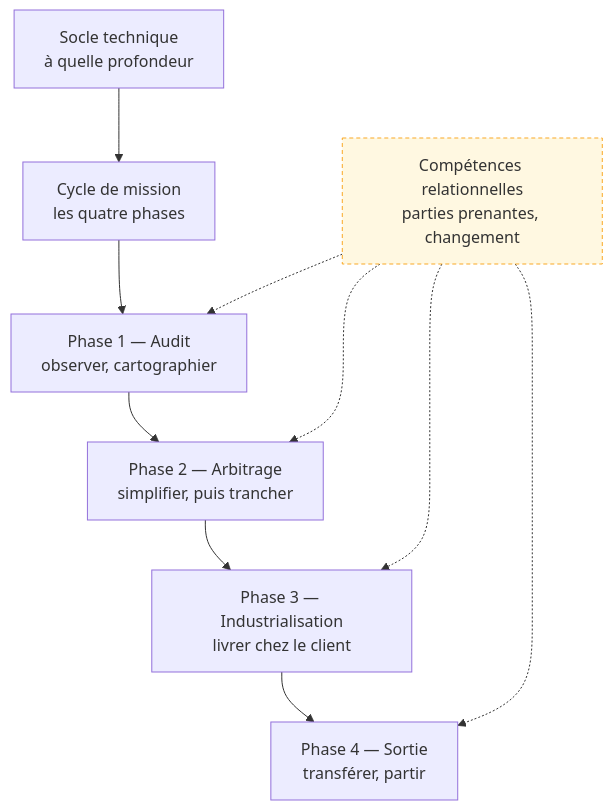
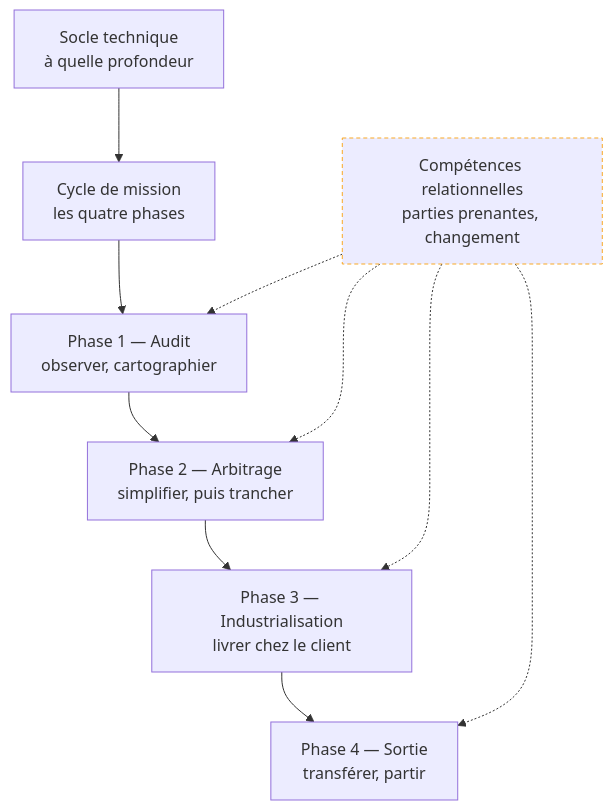
One commit to floSa/Atlas-Metiers-Roadmaps changed the diagram in content/parcours/forward-deployed-engineer/index.md. Above: the diagram before and after it, drawn with Mermaid. The commit also changed 28 other files, not shown here.

Commit message:
Schemas lisibles dans les deux themes, et retour au niveau superieur sur toutes les pages

````diff
--- a/content/parcours/forward-deployed-engineer/index.md
+++ b/content/parcours/forward-deployed-engineer/index.md
@@ -15,23 +15,23 @@
 ```mermaid
 flowchart TD
   S["Socle technique<br/>à quelle profondeur"] --> C["Cycle de mission<br/>les quatre phases"]
   C --> P1["Phase 1 — Audit<br/>observer, cartographier"]
   P1 --> P2["Phase 2 — Arbitrage<br/>simplifier, puis trancher"]
   P2 --> P3["Phase 3 — Industrialisation<br/>livrer chez le client"]
   P3 --> P4["Phase 4 — Sortie<br/>transférer, partir"]
   R["Compétences relationnelles<br/>parties prenantes, changement"] -.-> P1
   R -.-> P2
   R -.-> P3
   R -.-> P4
 
   click S "/parcours/forward-deployed-engineer/socle-technique"
   click C "/parcours/forward-deployed-engineer/cycle-mission"
   click P1 "/parcours/forward-deployed-engineer/audit-et-cartographie"
   click P2 "/parcours/forward-deployed-engineer/arbitrage-technologique"
   click P3 "/parcours/forward-deployed-engineer/industrialisation"
   click P4 "/parcours/forward-deployed-engineer/sortie-de-mission"
   click R "/parcours/forward-deployed-engineer/competences-relationnelles"
 
-  classDef transverse fill:#fff8e1,stroke:#f9a825,stroke-width:1px,stroke-dasharray:4 3
+  classDef transverse stroke:#f9a825,stroke-width:1px,stroke-dasharray:4 3
   class R transverse
 ```
````
